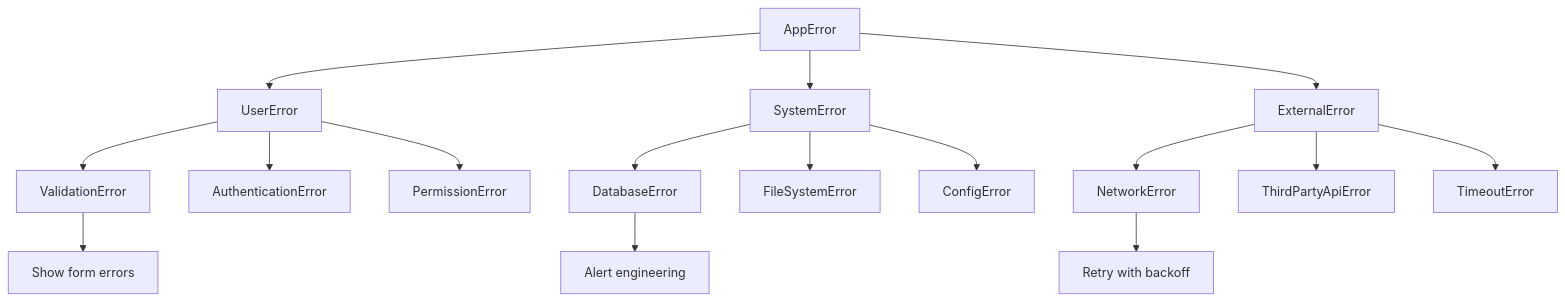
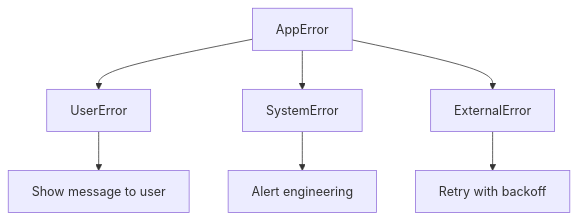
One commit to Almaju/blog changed the third of 4 diagrams in content/docs/fundamentals/4-errors.mdx. Above: the diagram before and after it, drawn with Mermaid. The commit also changed other lines of this file and 5 other files, not shown here.

````diff
--- a/content/docs/fundamentals/4-errors.mdx
+++ b/content/docs/fundamentals/4-errors.mdx
@@ -230,32 +220,17 @@
 ```mermaid
 graph TD
     A[AppError] --> B[UserError]
     A --> C[SystemError]
     A --> D[ExternalError]
-    
-    B --> B1[ValidationError]
-    B --> B2[AuthenticationError]
-    B --> B3[PermissionError]
-    
-    C --> C1[DatabaseError]
-    C --> C2[FileSystemError]
-    C --> C3[ConfigError]
-    
-    D --> D1[NetworkError]
-    D --> D2[ThirdPartyApiError]
-    D --> D3[TimeoutError]
-    
-    B1 --> E1[Show form errors]
-    C1 --> E2[Alert engineering]
-    D1 --> E3[Retry with backoff]
-    
-    class B1 yellow
-    class B2 yellow
-    class B3 yellow
-    class C1 red
-    class C2 red
-    class C3 red
-    class D1 orange
-    class D2 orange
-    class D3 orange
+
+    B --> E[Show message to user]
+    C --> F[Alert engineering]
+    D --> G[Retry with backoff]
+
+    class B yellow
+    class C red
+    class D orange
+    class E yellow
+    class F red
+    class G orange
 ```
````
